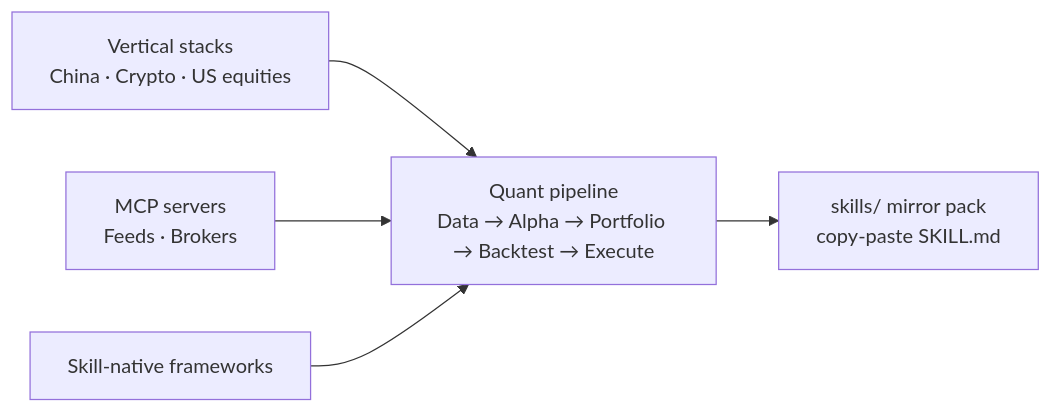
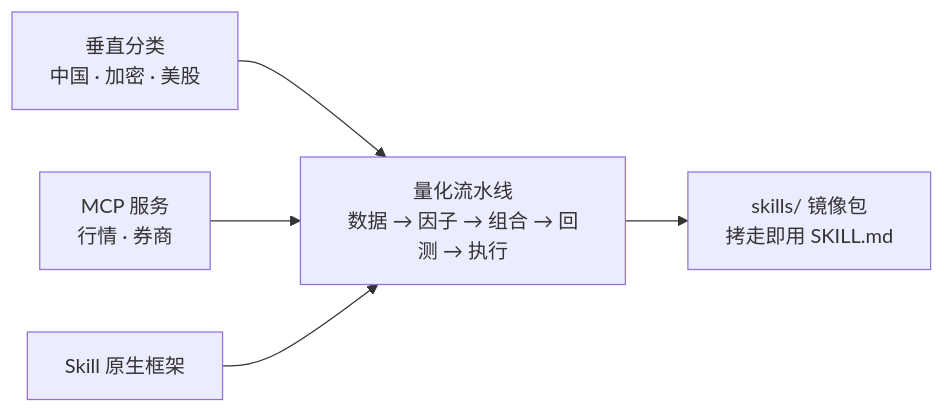
The diagram in README.zh-CN.md (JerryLiu369/awesome-quant-skills), drawn with Mermaid before and after one commit.

Commit message:
docs: translate mermaid diagram in README.zh-CN.md

````diff
--- a/README.zh-CN.md
+++ b/README.zh-CN.md
@@ -19,7 +19,7 @@
 ```mermaid
 flowchart LR
-    V[Vertical stacks<br/>China · Crypto · US equities] --> P[Quant pipeline<br/>Data → Alpha → Portfolio → Backtest → Execute]
-    M[MCP servers<br/>Feeds · Brokers] --> P
-    F[Skill-native frameworks] --> P
-    P --> S[skills/ mirror pack<br/>copy-paste SKILL.md]
+    V[垂直分类<br/>中国 · 加密 · 美股] --> P[量化流水线<br/>数据 → 因子 → 组合 → 回测 → 执行]
+    M[MCP 服务<br/>行情 · 券商] --> P
+    F[Skill 原生框架] --> P
+    P --> S[skills/ 镜像包<br/>拷走即用 SKILL.md]
 ```
````
